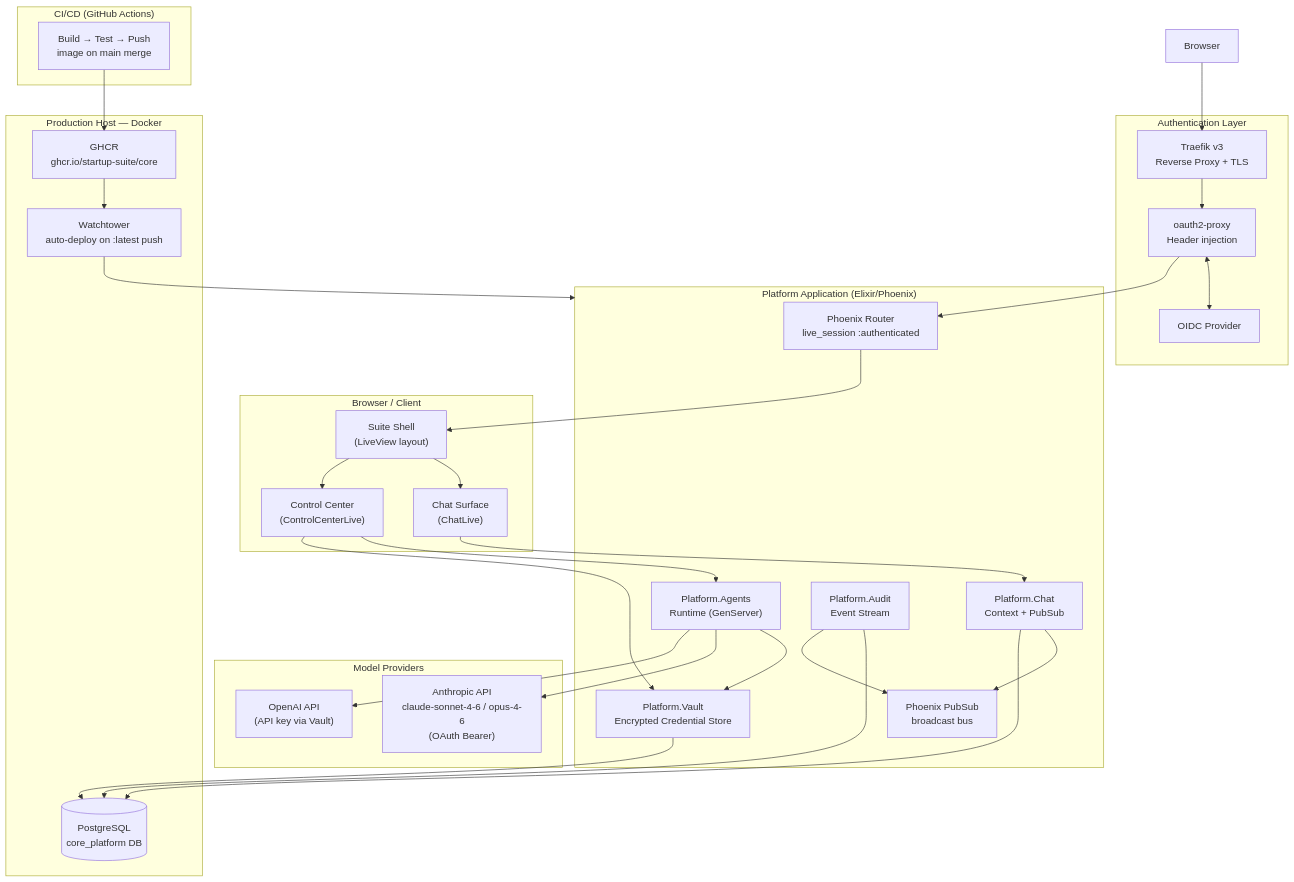
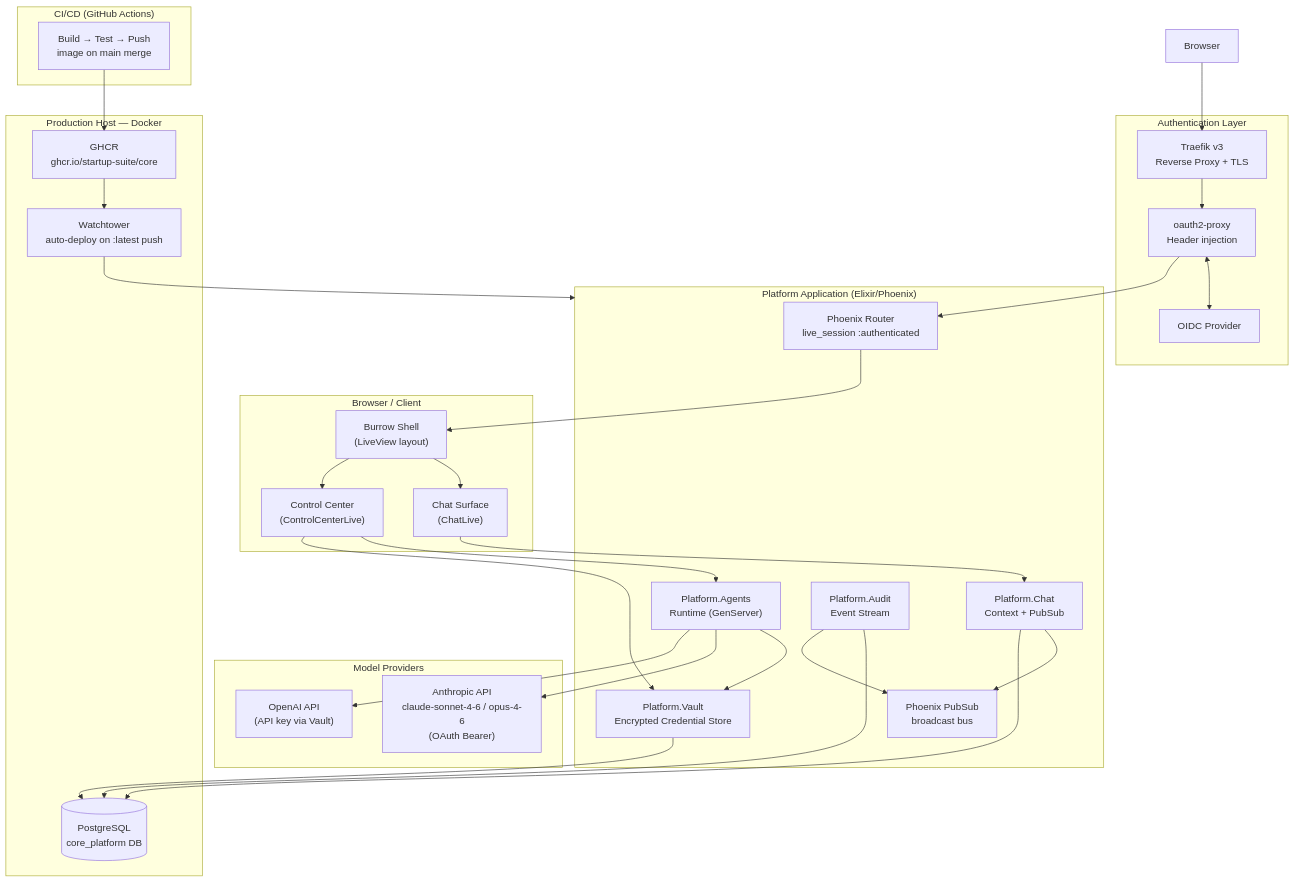
One commit to GetBurrowing/core changed the diagram in docs/architecture/01-system-overview.md. Above: the diagram before and after it, drawn with Mermaid. The commit also changed other lines of this file and 359 other files, not shown here.

First line of the commit message:
Burrow rename A2: core user-facing names, docs and app identifiers Suite → Burrow (01a14b9e) (#1268)

````diff
--- a/docs/architecture/01-system-overview.md
+++ b/docs/architecture/01-system-overview.md
@@ -5,57 +5,57 @@
 ```mermaid
 graph TB
   subgraph Client["Browser / Client"]
-    Shell["Suite Shell<br/>(LiveView layout)"]
+    Shell["Burrow Shell<br/>(LiveView layout)"]
     Chat["Chat Surface<br/>(ChatLive)"]
     Control["Control Center<br/>(ControlCenterLive)"]
   end
 
   subgraph Auth["Authentication Layer"]
     Traefik["Traefik v3<br/>Reverse Proxy + TLS"]
     OAuthProxy["oauth2-proxy<br/>Header injection"]
     OIDCProvider["OIDC Provider"]
   end
 
   subgraph Platform["Platform Application (Elixir/Phoenix)"]
     Router["Phoenix Router<br/>live_session :authenticated"]
     Vault["Platform.Vault<br/>Encrypted Credential Store"]
     Agents["Platform.Agents<br/>Runtime (GenServer)"]
     ChatCtx["Platform.Chat<br/>Context + PubSub"]
     Audit["Platform.Audit<br/>Event Stream"]
     PubSub["Phoenix PubSub<br/>broadcast bus"]
   end
 
   subgraph Providers["Model Providers"]
     Anthropic["Anthropic API<br/>claude-sonnet-4-6 / opus-4-6<br/>(OAuth Bearer)"]
     OpenAI["OpenAI API<br/>(API key via Vault)"]
   end
 
   subgraph Host["Production Host — Docker"]
     Postgres[("PostgreSQL<br/>core_platform DB")]
     Watchtower["Watchtower<br/>auto-deploy on :latest push"]
     GHCR["GHCR<br/>ghcr.io/startup-suite/core"]
   end
 
   subgraph CI["CI/CD (GitHub Actions)"]
     GHActions["Build → Test → Push<br/>image on main merge"]
   end
 
   Browser["Browser"] --> Traefik
   Traefik --> OAuthProxy
   OAuthProxy <--> OIDCProvider
   OAuthProxy --> Router
   Router --> Shell
   Shell --> Chat & Control
   Chat --> ChatCtx
   Control --> Agents & Vault
   ChatCtx --> PubSub
   ChatCtx --> Postgres
   Agents --> Vault
   Agents --> Anthropic & OpenAI
   Vault --> Postgres
   Audit --> Postgres
   Audit --> PubSub
   GHActions --> GHCR
   GHCR --> Watchtower
   Watchtower --> Platform
 ```
````
